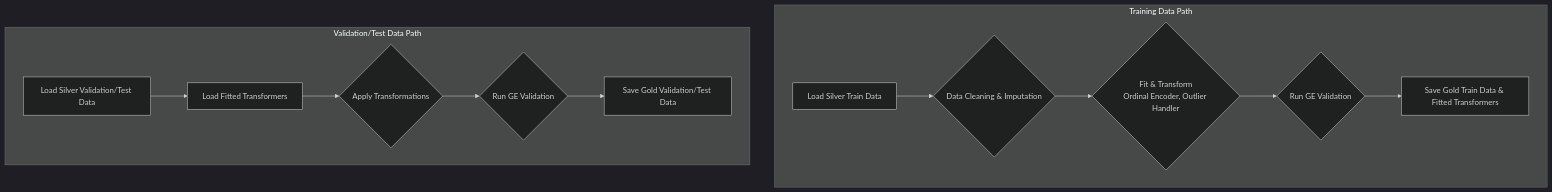
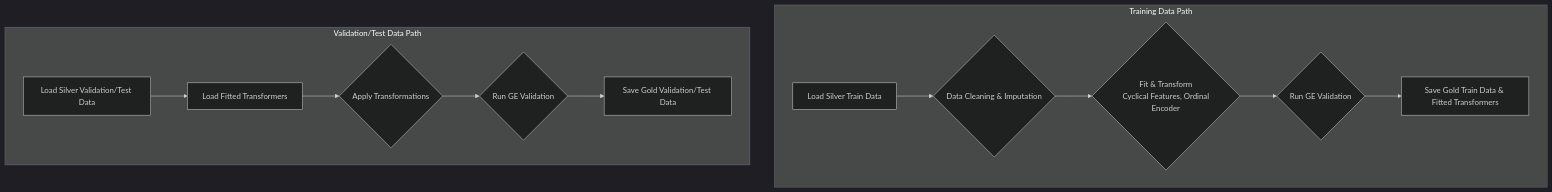
The diagram in docs/LGBM_summary/LGBMR_production_model_details.md (dakshvanshaj/flights-price-prediction-mlops), drawn with Mermaid before and after one commit. The commit also changed other lines of this file and 41 other files, not shown here.

````diff
--- a/docs/LGBM_summary/LGBMR_production_model_details.md
+++ b/docs/LGBM_summary/LGBMR_production_model_details.md
@@ -87,17 +66,17 @@
 ```mermaid
 %%{init: {'theme': 'dark'}}%%
 graph TD
     subgraph "Training Data Path"
-        A[Load Silver Train Data] --> B{Data Cleaning & Imputation};
-        B --> C{Fit & Transform<br/>Ordinal Encoder, Outlier Handler};
-        C --> D{Run GE Validation};
-        D --> E[Save Gold Train Data & Fitted Transformers];
+        A[Load Silver Train Data] --> B{Data Cleaning & Imputation}
+        B --> C{Fit & Transform<br/> Cyclical Features, Ordinal Encoder}
+        C --> D{Run GE Validation}
+        D --> E[Save Gold Train Data & Fitted Transformers]
     end
 
     subgraph "Validation/Test Data Path"
-        F[Load Silver Validation/Test Data] --> G[Load Fitted Transformers];
-        G --> H{Apply Transformations};
-        H --> I{Run GE Validation};
-        I --> J[Save Gold Validation/Test Data];
+        F[Load Silver Validation/Test Data] --> G[Load Fitted Transformers]
+        G --> H{Apply Transformations}
+        H --> I{Run GE Validation}
+        I --> J[Save Gold Validation/Test Data]
     end
 ```
````
